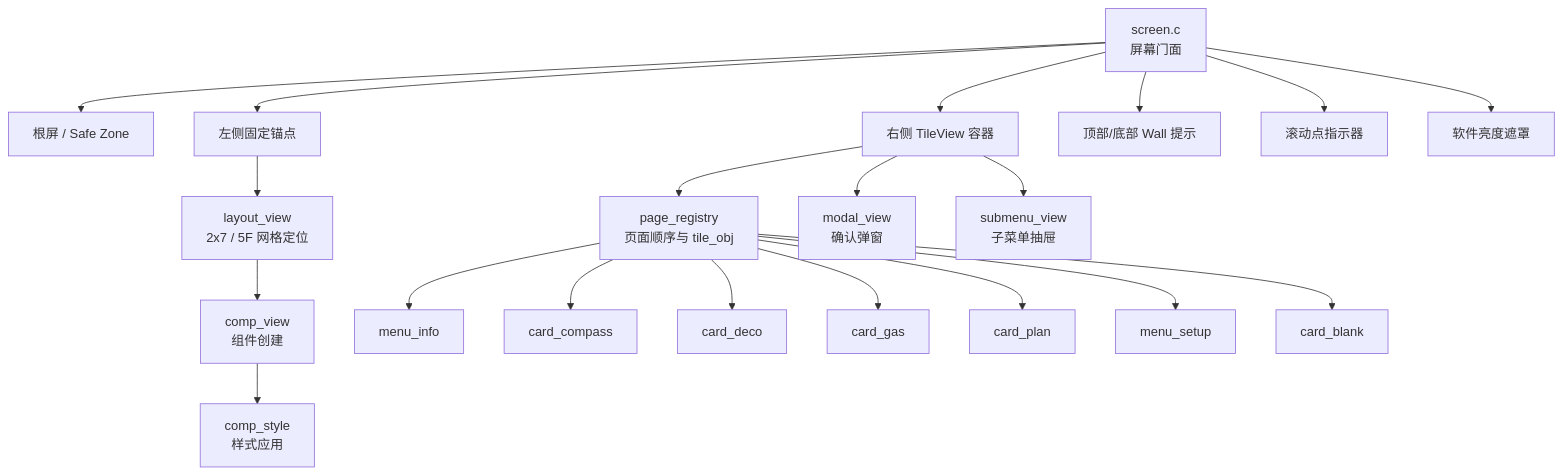
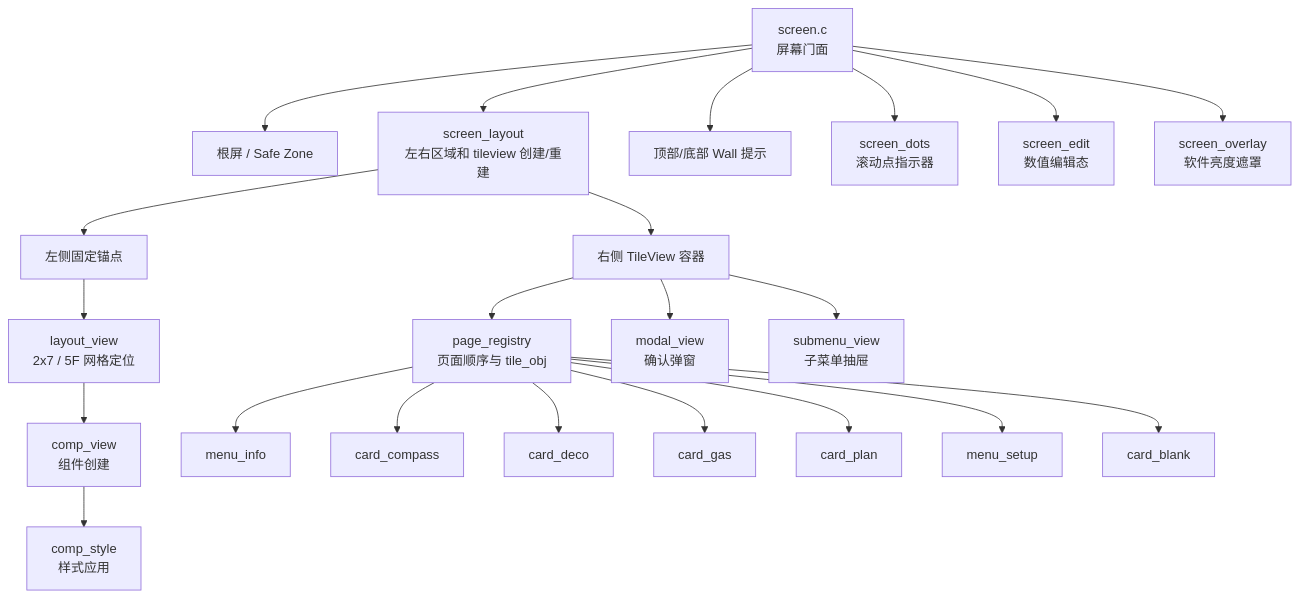
The third of 7 diagrams in UI_html_DOC/UI_MODULE_MAP.md (arexvision/lv_port_win_codeblocks-release-v8.3_hasGroup), drawn with Mermaid before and after one commit. The commit also changed other lines of this file and 1 other file, not shown here.

````diff
--- a/UI_html_DOC/UI_MODULE_MAP.md
+++ b/UI_html_DOC/UI_MODULE_MAP.md
@@ -70,25 +85,28 @@
 ```mermaid
 flowchart TB
     Screen["screen.c<br/>屏幕门面"] --> Root["根屏 / Safe Zone"]
-    Screen --> Left["左侧固定锚点"]
-    Screen --> Right["右侧 TileView 容器"]
+    Screen --> ScreenLayout["screen_layout<br/>左右区域和 tileview 创建/重建"]
     Screen --> Walls["顶部/底部 Wall 提示"]
-    Screen --> Dots["滚动点指示器"]
-    Screen --> Brightness["软件亮度遮罩"]
+    Screen --> Dots["screen_dots<br/>滚动点指示器"]
+    Screen --> Edit["screen_edit<br/>数值编辑态"]
+    Screen --> Brightness["screen_overlay<br/>软件亮度遮罩"]
+
+    ScreenLayout --> Left["左侧固定锚点"]
+    ScreenLayout --> Right["右侧 TileView 容器"]
 
     Left --> LayoutGrid["layout_view<br/>2x7 / 5F 网格定位"]
     LayoutGrid --> WidgetFactory["comp_view<br/>组件创建"]
     WidgetFactory --> WidgetStyle["comp_style<br/>样式应用"]
 
     Right --> Registry["page_registry<br/>页面顺序与 tile_obj"]
     Registry --> Info["menu_info"]
     Registry --> Compass["card_compass"]
     Registry --> Deco["card_deco"]
     Registry --> Gas["card_gas"]
     Registry --> Plan["card_plan"]
     Registry --> Setup["menu_setup"]
     Registry --> Blank["card_blank"]
 
     Right --> Modal["modal_view<br/>确认弹窗"]
     Right --> Submenu["submenu_view<br/>子菜单抽屉"]
 ```
````
